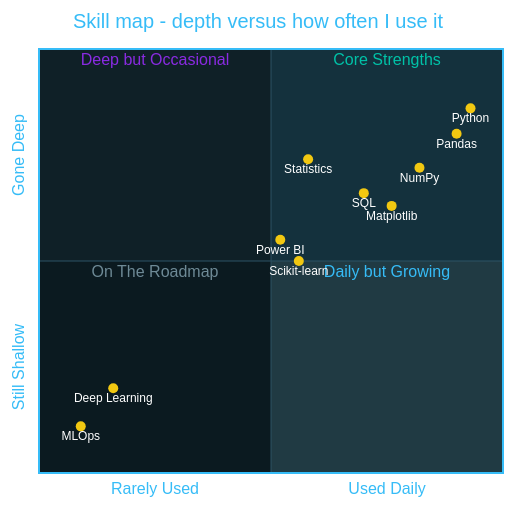
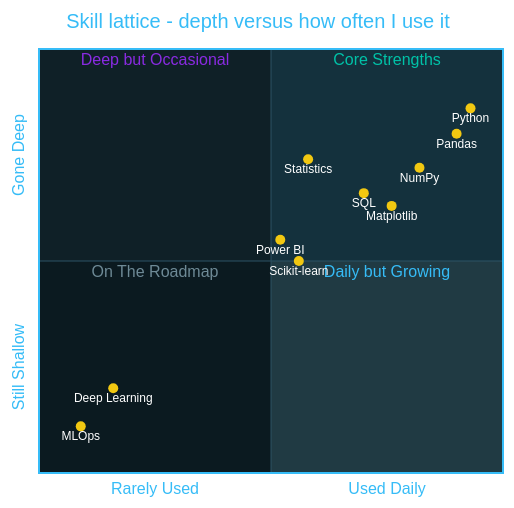
The third of 7 diagrams in README.md (NEERAJSINGHDANU07/NEERAJSINGHDANU07), drawn with Mermaid before and after one commit. The commit also changed other lines of this file, not shown here.

````diff
--- a/README.md
+++ b/README.md
@@ -427,21 +349,21 @@
 ```mermaid
 %%{init: {'theme':'base','themeVariables':{'fontFamily':'Fira Code, monospace','fontSize':'13px','quadrant1Fill':'#14313D','quadrant2Fill':'#0F2027','quadrant3Fill':'#0B1A20','quadrant4Fill':'#203A43','quadrant1TextFill':'#00C2A8','quadrant2TextFill':'#8A2BE2','quadrant3TextFill':'#6E8A96','quadrant4TextFill':'#36BCF7','quadrantPointFill':'#F2C811','quadrantPointTextFill':'#FFFFFF','quadrantXAxisTextFill':'#36BCF7','quadrantYAxisTextFill':'#36BCF7','quadrantInternalBorderStrokeFill':'#2C5364','quadrantExternalBorderStrokeFill':'#36BCF7','quadrantTitleFill':'#36BCF7'}}}%%
 quadrantChart
-    title Skill map - depth versus how often I use it
+    title Skill lattice - depth versus how often I use it
     x-axis Rarely Used --> Used Daily
     y-axis Still Shallow --> Gone Deep
     quadrant-1 Core Strengths
     quadrant-2 Deep but Occasional
     quadrant-3 On The Roadmap
     quadrant-4 Daily but Growing
     Python: [0.93, 0.86]
     Pandas: [0.90, 0.80]
     NumPy: [0.82, 0.72]
     SQL: [0.70, 0.66]
     Statistics: [0.58, 0.74]
     Matplotlib: [0.76, 0.63]
     Power BI: [0.52, 0.55]
     Scikit-learn: [0.56, 0.50]
     Deep Learning: [0.16, 0.20]
     MLOps: [0.09, 0.11]
 ```
````
